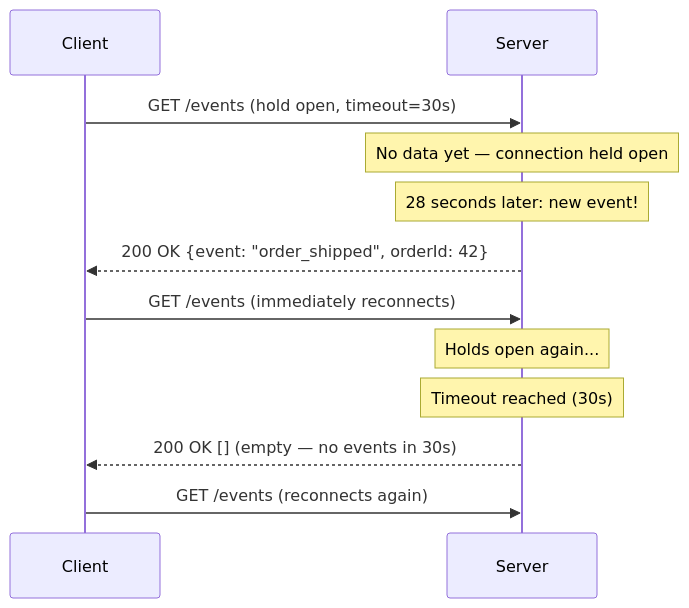
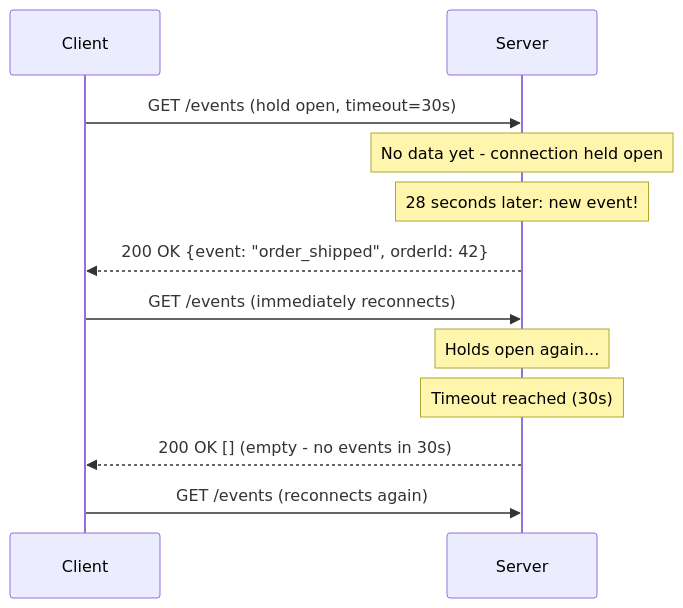
Before and after one commit to b-balakrishna/system-design: the third of 6 diagrams in phase-2-foundations/topic-8-websockets-and-long-polling.md, drawn with Mermaid. The commit also changed other lines of this file and 165 other files, not shown here.

Commit message:
feat: add comprehensive system design documentation covering foundations, backend, frontend, distributed systems, and AI/ML architectures

````diff
--- a/phase-2-foundations/topic-8-websockets-and-long-polling.md
+++ b/phase-2-foundations/topic-8-websockets-and-long-polling.md
@@ -55,15 +55,15 @@
 ```mermaid
 sequenceDiagram
     participant C as Client
     participant S as Server
 
     C->>S: GET /events (hold open, timeout=30s)
-    Note over S: No data yet — connection held open
+    Note over S: No data yet  -  connection held open
     Note over S: 28 seconds later: new event!
     S-->>C: 200 OK {event: "order_shipped", orderId: 42}
     C->>S: GET /events (immediately reconnects)
     Note over S: Holds open again...
     Note over S: Timeout reached (30s)
-    S-->>C: 200 OK [] (empty — no events in 30s)
+    S-->>C: 200 OK [] (empty  -  no events in 30s)
     C->>S: GET /events (reconnects again)
 ```
````
